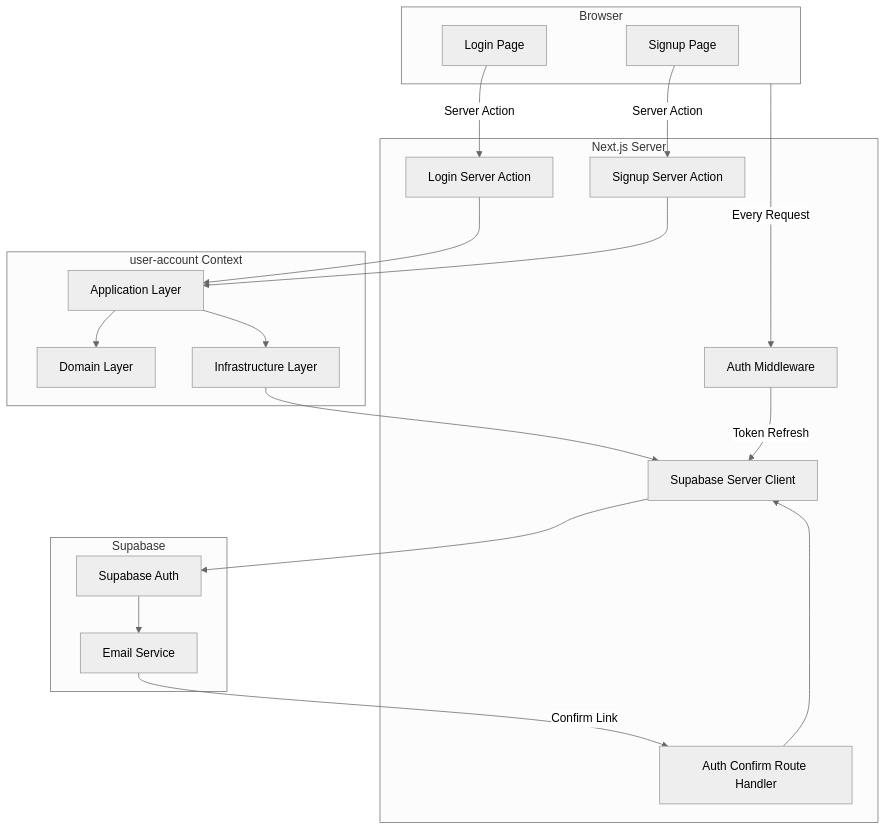
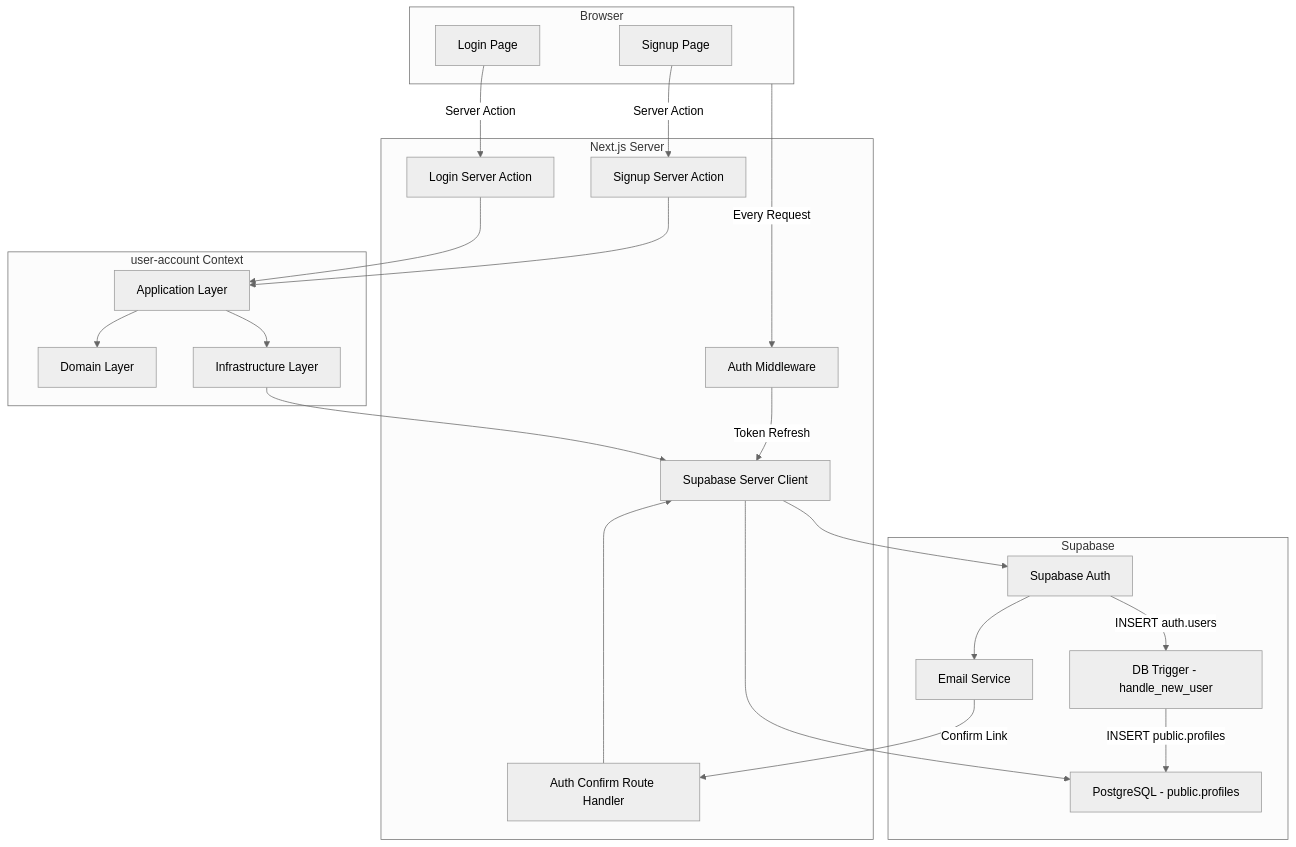
Before and after one commit to eluoaxjun/eluo-skill-hub: the first of 5 diagrams in .kiro/specs/auth-login-signup/design.md, drawn with Mermaid (neutral theme). The commit also changed other lines of this file and 144 other files, not shown here.

````diff
--- a/.kiro/specs/auth-login-signup/design.md
+++ b/.kiro/specs/auth-login-signup/design.md
@@ -36,40 +38,45 @@
 ```mermaid
 graph TB
     subgraph Browser
         LoginPage[Login Page]
         SignupPage[Signup Page]
     end
 
     subgraph NextJS[Next.js Server]
         Middleware[Auth Middleware]
         LoginAction[Login Server Action]
         SignupAction[Signup Server Action]
         ConfirmRoute[Auth Confirm Route Handler]
         ServerClient[Supabase Server Client]
     end
 
     subgraph UserAccount[user-account Context]
         Domain[Domain Layer]
         Application[Application Layer]
         Infrastructure[Infrastructure Layer]
     end
 
     subgraph SupabaseCloud[Supabase]
         SupaAuth[Supabase Auth]
         SupaEmail[Email Service]
+        SupaDB[PostgreSQL - public.profiles]
+        Trigger[DB Trigger - handle_new_user]
     end
 
     LoginPage -->|Server Action| LoginAction
     SignupPage -->|Server Action| SignupAction
     LoginAction --> Application
     SignupAction --> Application
     Application --> Domain
     Application --> Infrastructure
     Infrastructure --> ServerClient
     ServerClient --> SupaAuth
+    ServerClient --> SupaDB
     SupaAuth --> SupaEmail
+    SupaAuth -->|INSERT auth.users| Trigger
+    Trigger -->|INSERT public.profiles| SupaDB
     SupaEmail -->|Confirm Link| ConfirmRoute
     ConfirmRoute --> ServerClient
     Middleware -->|Token Refresh| ServerClient
     Browser -->|Every Request| Middleware
 ```
````
